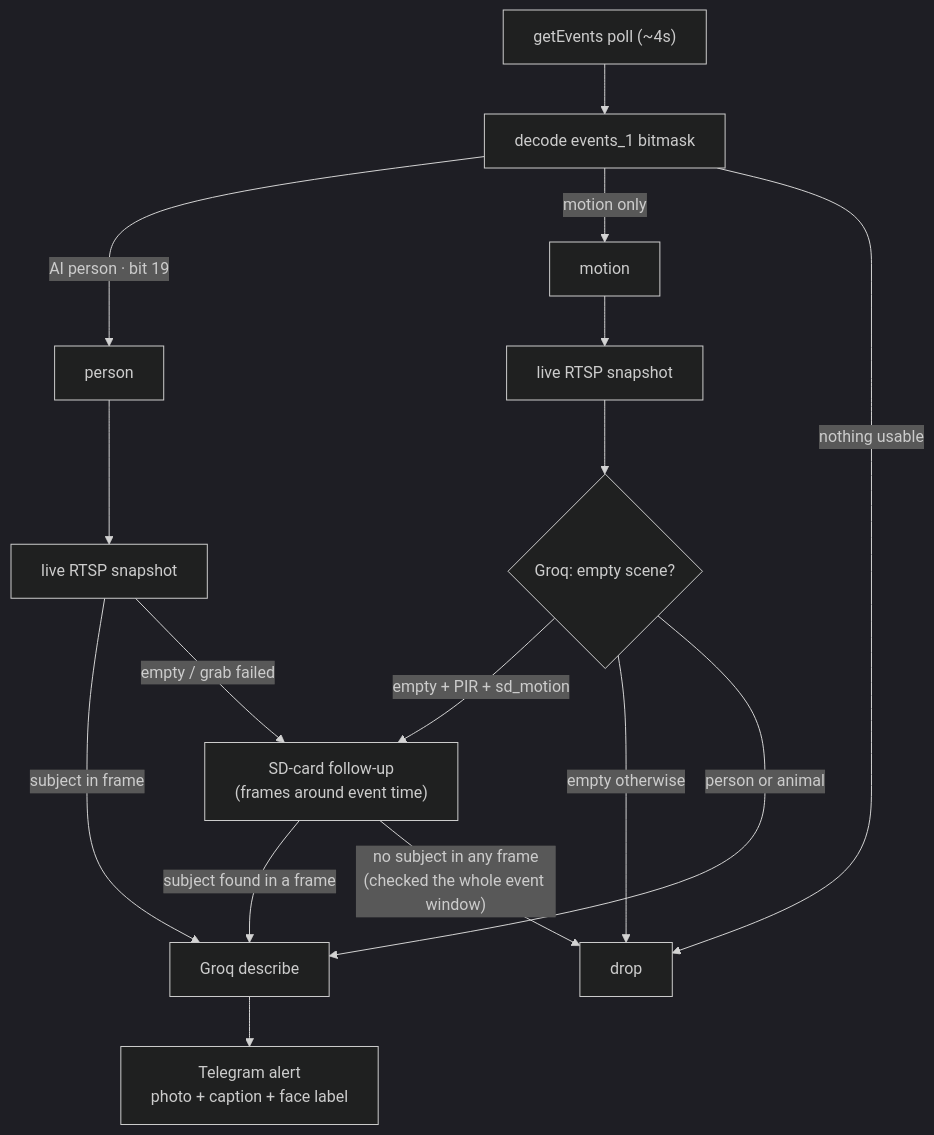
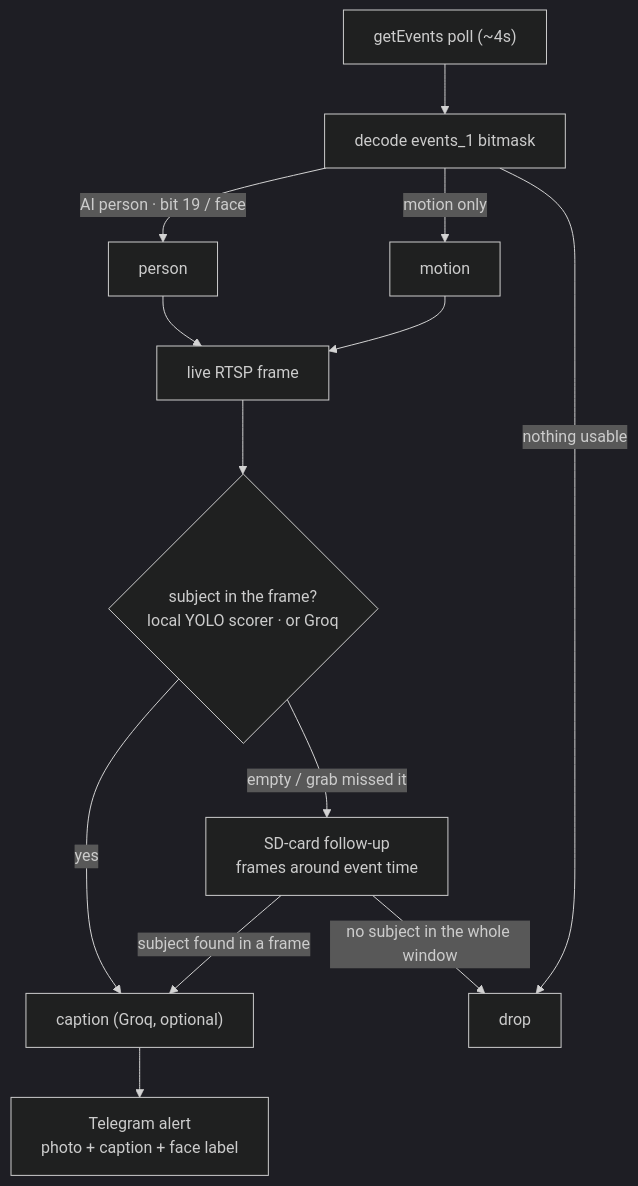
One commit to PeterkoCZ91/tapo-monitoring changed the second of 3 diagrams in README.md. Above: the diagram before and after it, drawn with Mermaid (dark theme). The commit also changed other lines of this file and 2 other files, not shown here.

````diff
--- a/README.md
+++ b/README.md
@@ -69,20 +88,16 @@
 ```mermaid
 flowchart TD
-    A["getEvents poll (~4s)"] --> B[decode events_1 bitmask]
-    B -->|AI person · bit 19| P[person]
-    B -->|motion only| M[motion]
-    B -->|nothing usable| X[drop]
+    A["getEvents poll (~4s)"] --> B["decode events_1 bitmask"]
+    B -->|"AI person · bit 19 / face"| P["person"]
+    B -->|"motion only"| M["motion"]
+    B -->|"nothing usable"| X["drop"]
 
-    P --> L[live RTSP snapshot]
-    L -->|subject in frame| G[Groq describe]
-    L -->|empty / grab failed| SD["SD-card follow-up<br/>(frames around event time)"]
-    SD -->|subject found in a frame| G
-    SD -->|"no subject in any frame<br/>(checked the whole event window)"| X
-
-    M --> ML[live RTSP snapshot] --> GQ{Groq: empty scene?}
-    GQ -->|"empty + PIR + sd_motion"| SD
-    GQ -->|"empty otherwise"| X
-    GQ -->|person or animal| G
-
+    P --> L["live RTSP frame"]
+    M --> L
+    L --> Q{"subject in the frame?<br/>local YOLO scorer · or Groq"}
+    Q -->|"yes"| G["caption (Groq, optional)"]
+    Q -->|"empty / grab missed it"| SD["SD-card follow-up<br/>frames around event time"]
+    SD -->|"subject found in a frame"| G
+    SD -->|"no subject in the whole window"| X
     G --> T["Telegram alert<br/>photo + caption + face label"]
 ```
````
